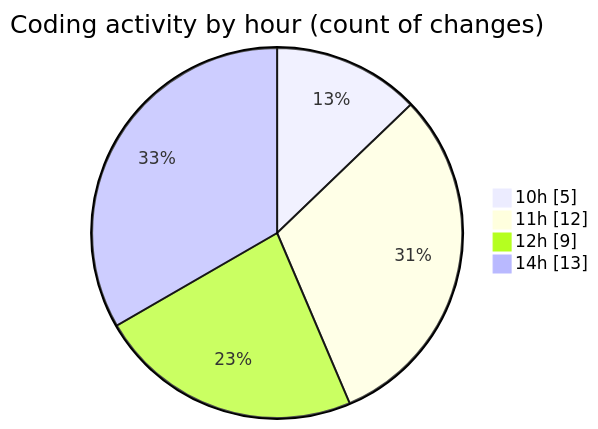
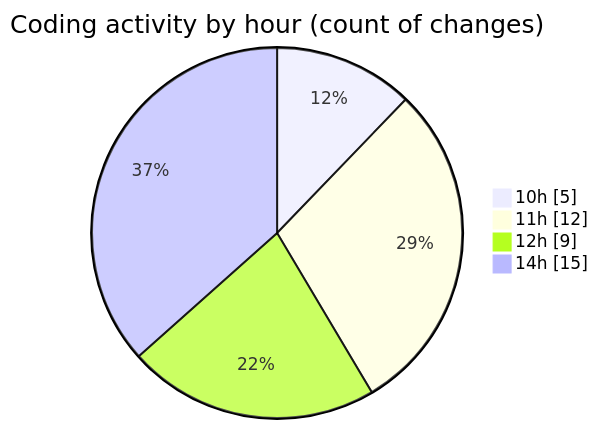
One commit to nxtqubesakshisongat/code-tracking changed the second of 2 diagrams in 2026-04-12/airfeed-analytics-dashboard/README.md. Above: the diagram before and after it, drawn with Mermaid. The commit also changed other lines of this file and 1 other file, not shown here.

````diff
--- a/2026-04-12/airfeed-analytics-dashboard/README.md
+++ b/2026-04-12/airfeed-analytics-dashboard/README.md
@@ -37,8 +37,8 @@
 ```mermaid
 pie showData
 title Coding activity by hour (count of changes)
 "10h" : 5
 "11h" : 12
 "12h" : 9
-"14h" : 13
+"14h" : 15
 ```
````
